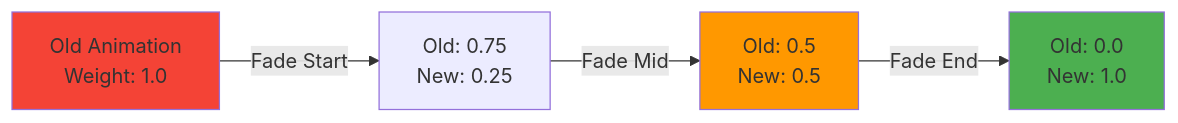
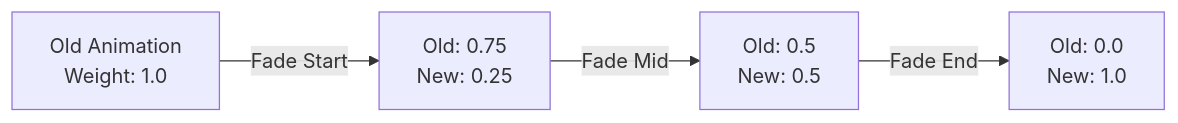
One commit to wallstop/unity-tips changed the fourth of 4 diagrams in docs/animancer/02-core-concepts.md. Above: the diagram before and after it, drawn with Mermaid. The commit also changed other lines of this file and 27 other files, not shown here.

Commit message:
Convert ASCII diagrams to Mermaid format (#30)

````diff
--- a/docs/animancer/02-core-concepts.md
+++ b/docs/animancer/02-core-concepts.md
@@ -527,10 +521,7 @@
 ```mermaid
 graph LR
     A[Old Animation<br/>Weight: 1.0] -->|Fade Start| B[Old: 0.75<br/>New: 0.25]
     B -->|Fade Mid| C[Old: 0.5<br/>New: 0.5]
     C -->|Fade End| D[Old: 0.0<br/>New: 1.0]
 
-    style A fill:#F44336
-    style C fill:#FF9800
-    style D fill:#4CAF50
 ```
````
